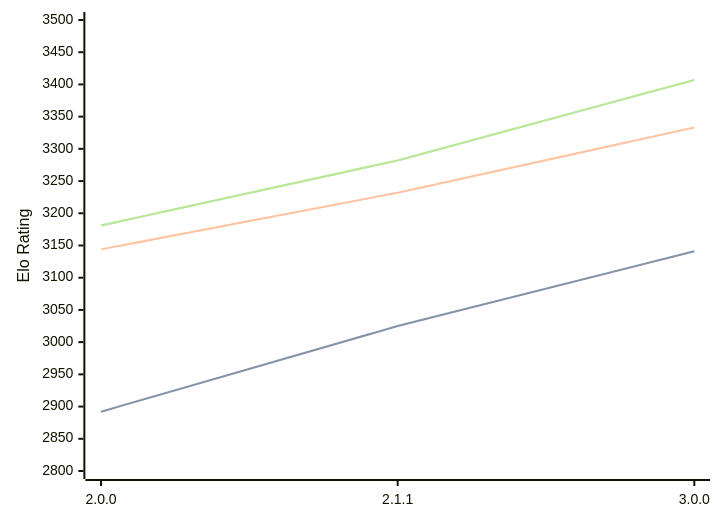
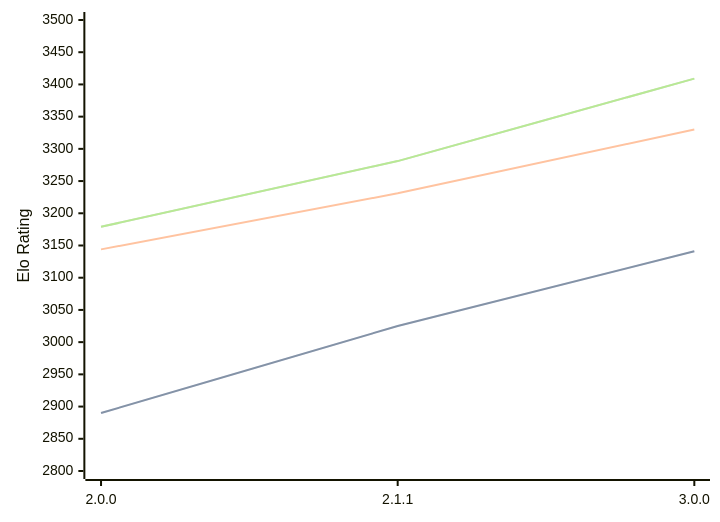
Before and after one commit to computer-chess-index/cci: the diagram in engines/Bread.md, drawn with Mermaid. The commit also changed other lines of this file, not shown here.

Commit message:
Update CCI Ratings (ELO VLTC) - 2026-03-30

````diff
--- a/engines/Bread.md
+++ b/engines/Bread.md
@@ -51,11 +51,11 @@
 ```mermaid
 %%{init: {"theme":"base","themeVariables":{"seriesColors:['#a3a3a3','#222221','#faa371']}}}%%
 xychart-beta
   x-axis ["2.0.0", "2.1.1", "3.0.0"]
   y-axis "Elo Rating" 2800 --> 3500
-  line "STC (8.0+0.08s)" [2892, 3025, 3141]
-  line "STC (8.0+0.08s)" [2892, 3025, 3141]
-  line "LTC (60.0+0.60s)" [3144, 3232, 3333]
-  line "VLTC (2m24s+1.12s)" [3181, 3282, 3407]
-  line "VLTC (2m24s+1.12s)" [3181, 3282, 3407]
+  line "STC (8.0+0.08s)" [2890, 3025, 3141]
+  line "STC (8.0+0.08s)" [2890, 3025, 3141]
+  line "LTC (60.0+0.60s)" [3144, 3231, 3330]
+  line "VLTC (2m24s+1.12s)" [3179, 3281, 3409]
+  line "VLTC (2m24s+1.12s)" [3179, 3281, 3409]
 ```
````
